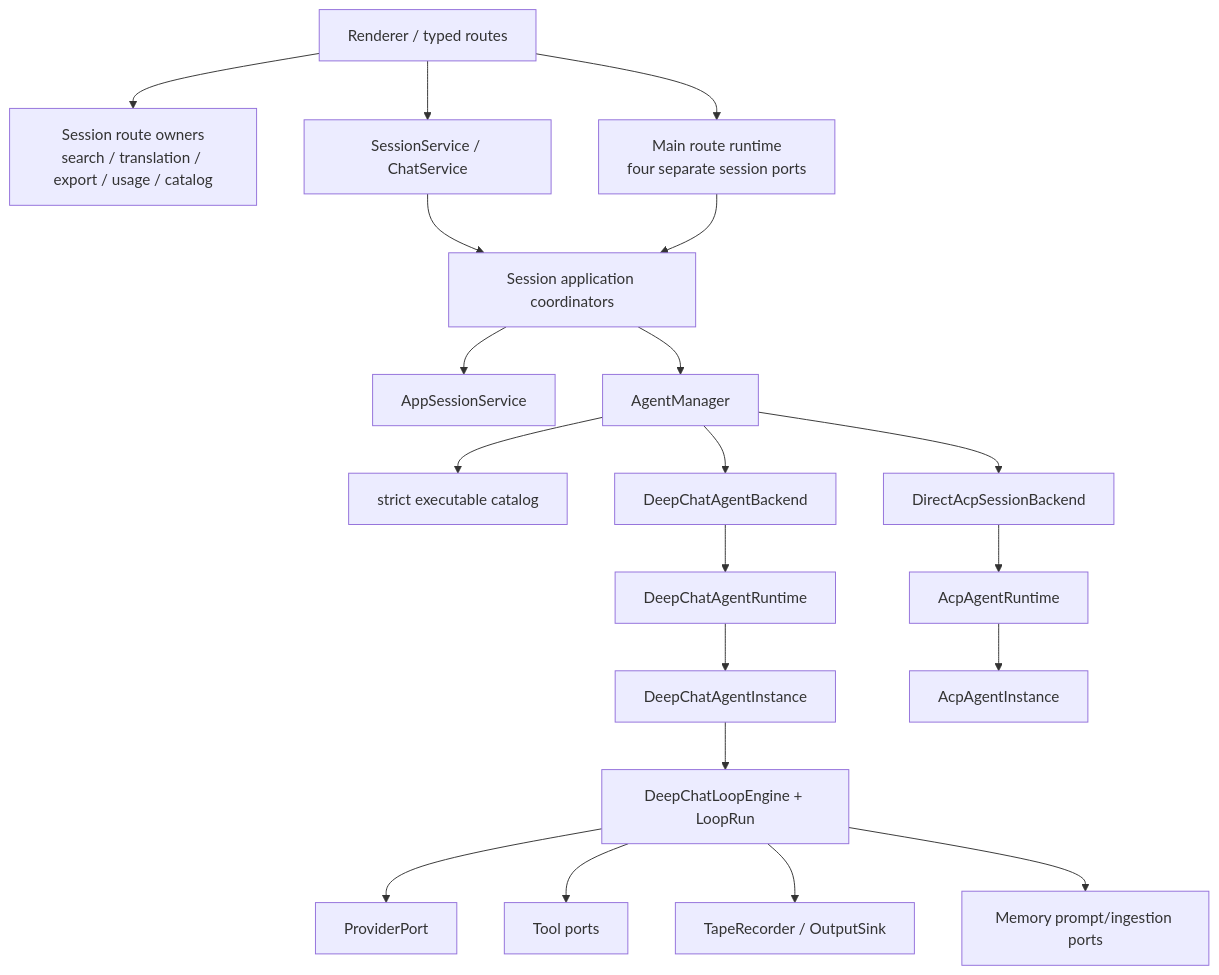
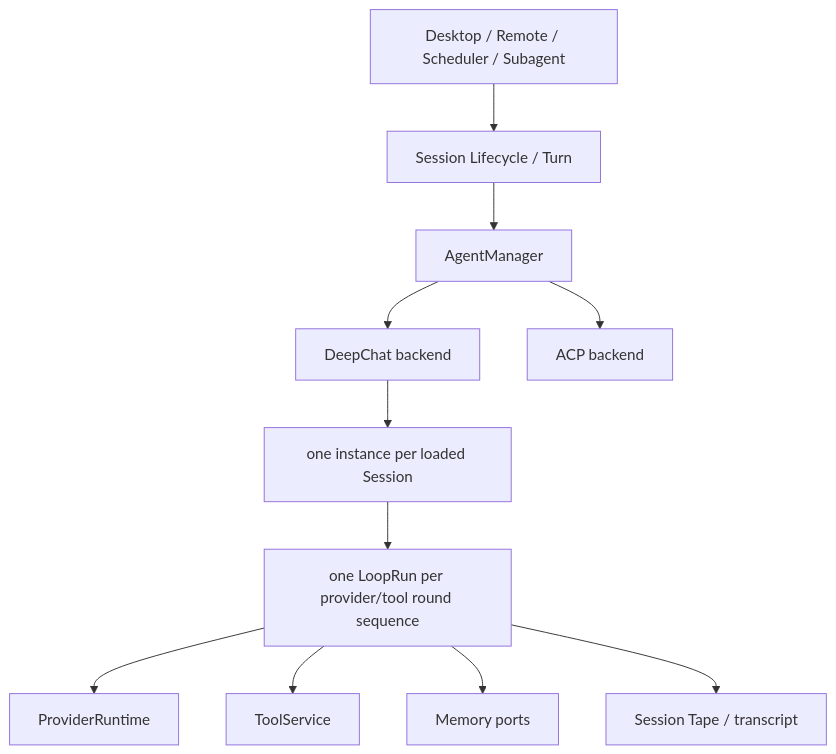
The diagram in docs/architecture/agent-system.md (zerob13/deepchat), drawn with Mermaid before and after one commit. The commit also changed other lines of this file and 1922 other files, not shown here.

First line of the commit message:
refactor(main): realign process architecture (#1987)

````diff
--- a/docs/architecture/agent-system.md
+++ b/docs/architecture/agent-system.md
@@ -41,22 +23,13 @@
 ```mermaid
 flowchart TD
-    UI["Renderer / typed routes"] --> RouteOwners["Session route owners<br/>search / translation / export / usage / catalog"]
-    UI --> Services["SessionService / ChatService"]
-    Services --> App["Session application coordinators"]
-    UI --> RoutePorts["Main route runtime<br/>four separate session ports"]
-    RoutePorts --> App
-    App --> Sessions["AppSessionService"]
-    App --> Manager["AgentManager"]
-    Manager --> Catalog["strict executable catalog"]
-    Manager --> DeepBackend["DeepChatAgentBackend"]
-    Manager --> AcpBackend["DirectAcpSessionBackend"]
-    DeepBackend --> DeepRuntime["DeepChatAgentRuntime"]
-    DeepRuntime --> DeepInstance["DeepChatAgentInstance"]
-    DeepInstance --> Loop["DeepChatLoopEngine + LoopRun"]
-    AcpBackend --> AcpRuntime["AcpAgentRuntime"]
-    AcpRuntime --> AcpInstance["AcpAgentInstance"]
-    Loop --> Provider["ProviderPort"]
-    Loop --> ToolPorts["Tool ports"]
-    Loop --> Tape["TapeRecorder / OutputSink"]
-    Loop --> Memory["Memory prompt/ingestion ports"]
+    Entry["Desktop / Remote / Scheduler / Subagent"] --> Session["Session Lifecycle / Turn"]
+    Session --> Manager["AgentManager"]
+    Manager --> Deep["DeepChat backend"]
+    Manager --> ACP["ACP backend"]
+    Deep --> Instance["one instance per loaded Session"]
+    Instance --> Run["one LoopRun per provider/tool round sequence"]
+    Run --> Provider["ProviderRuntime"]
+    Run --> Tool["ToolService"]
+    Run --> Memory["Memory ports"]
+    Run --> Tape["Session Tape / transcript"]
 ```
````
